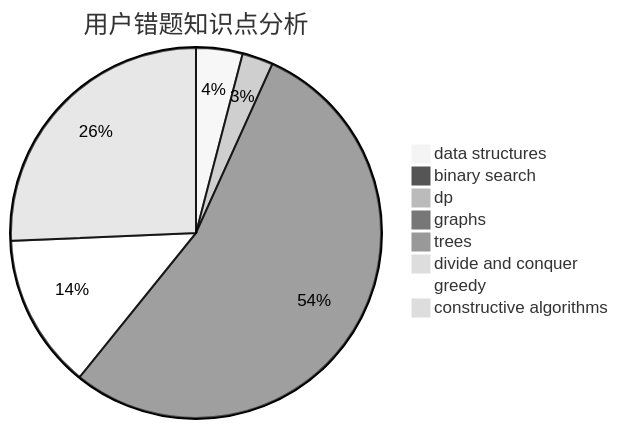
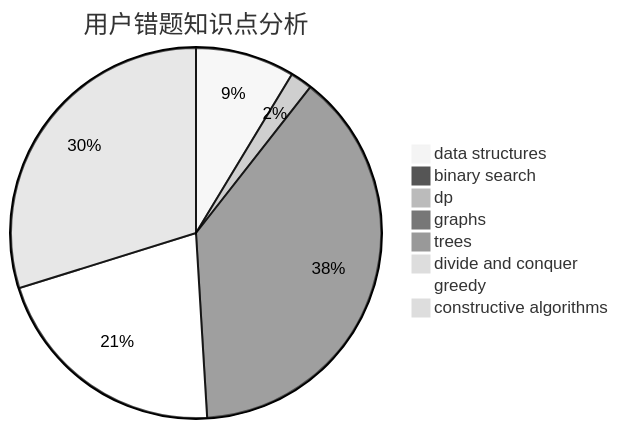
Before and after one commit to sherpahu/cfrs.github.io: the third of 3 diagrams in docs/user/u1310.md, drawn with Mermaid (neutral theme). The commit also changed other lines of this file and 2770 other files, not shown here.

````diff
--- a/docs/user/u1310.md
+++ b/docs/user/u1310.md
@@ -36,11 +36,11 @@
 ```mermaid
 pie title 用户错题知识点分析
-    "data structures" :  3
+    "data structures" :  9
     "binary search" :  0
     "dp" :  2
     "graphs" :  40
     "trees" :  0
     "divide and conquer" :  0
-    "greedy" :  10
-    "constructive algorithms" :  19
+    "greedy" :  22
+    "constructive algorithms" :  31
 ```
````
